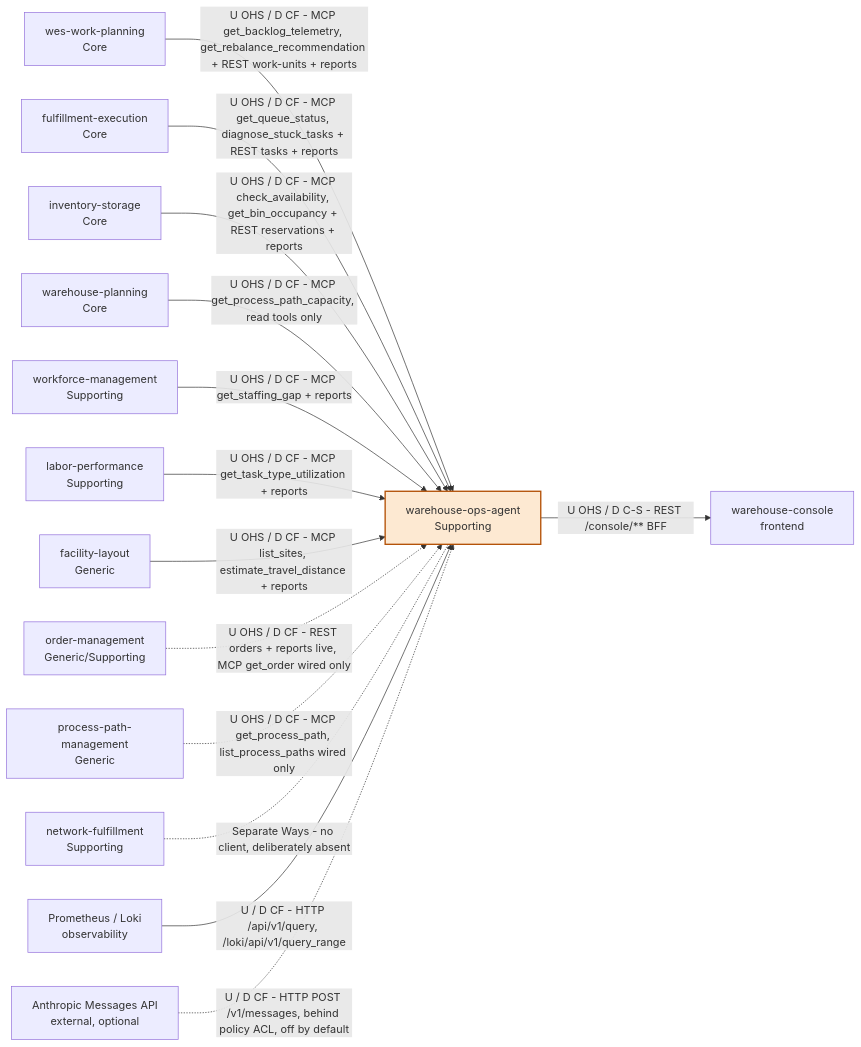
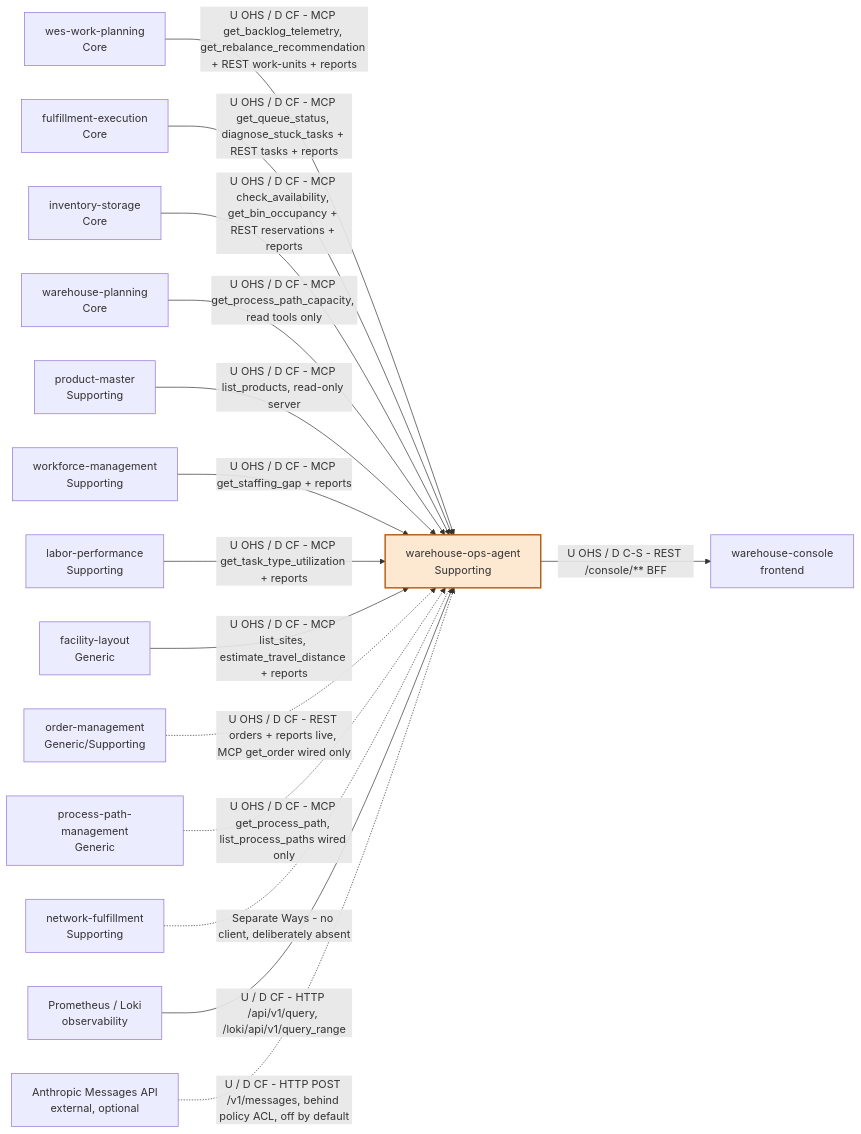
The diagram in docs/contexts/warehouse-ops-agent/context-map.md (IQVO/warehouse-docs), drawn with Mermaid before and after one commit. The commit also changed other lines of this file and 118 other files, not shown here.

````diff
--- a/docs/contexts/warehouse-ops-agent/context-map.md
+++ b/docs/contexts/warehouse-ops-agent/context-map.md
@@ -54,33 +57,35 @@
 ```mermaid
 flowchart LR
     WOA["warehouse-ops-agent<br/>Supporting"]
     WP["wes-work-planning<br/>Core"]
     FE["fulfillment-execution<br/>Core"]
     IS["inventory-storage<br/>Core"]
     WPL["warehouse-planning<br/>Core"]
+    PM["product-master<br/>Supporting"]
     WM["workforce-management<br/>Supporting"]
     LP["labor-performance<br/>Supporting"]
     FL["facility-layout<br/>Generic"]
     OM["order-management<br/>Generic/Supporting"]
     PPM["process-path-management<br/>Generic"]
     NF["network-fulfillment<br/>Supporting"]
     WC["warehouse-console<br/>frontend"]
     OBS["Prometheus / Loki<br/>observability"]
     LLM["Anthropic Messages API<br/>external, optional"]
 
     WP -->|"U OHS / D CF - MCP get_backlog_telemetry, get_rebalance_recommendation + REST work-units + reports"| WOA
     FE -->|"U OHS / D CF - MCP get_queue_status, diagnose_stuck_tasks + REST tasks + reports"| WOA
     IS -->|"U OHS / D CF - MCP check_availability, get_bin_occupancy + REST reservations + reports"| WOA
     WPL -->|"U OHS / D CF - MCP get_process_path_capacity, read tools only"| WOA
+    PM -->|"U OHS / D CF - MCP list_products, read-only server"| WOA
     WM -->|"U OHS / D CF - MCP get_staffing_gap + reports"| WOA
     LP -->|"U OHS / D CF - MCP get_task_type_utilization + reports"| WOA
     FL -->|"U OHS / D CF - MCP list_sites, estimate_travel_distance + reports"| WOA
     OM -.->|"U OHS / D CF - REST orders + reports live, MCP get_order wired only"| WOA
     PPM -.->|"U OHS / D CF - MCP get_process_path, list_process_paths wired only"| WOA
     NF -.-|"Separate Ways - no client, deliberately absent"| WOA
     WOA -->|"U OHS / D C-S - REST /console/** BFF"| WC
     OBS -->|"U / D CF - HTTP /api/v1/query, /loki/api/v1/query_range"| WOA
     LLM -.->|"U / D CF - HTTP POST /v1/messages, behind policy ACL, off by default"| WOA
 
     style WOA fill:#fde9d2,stroke:#b45309,stroke-width:2px
 ```
````
